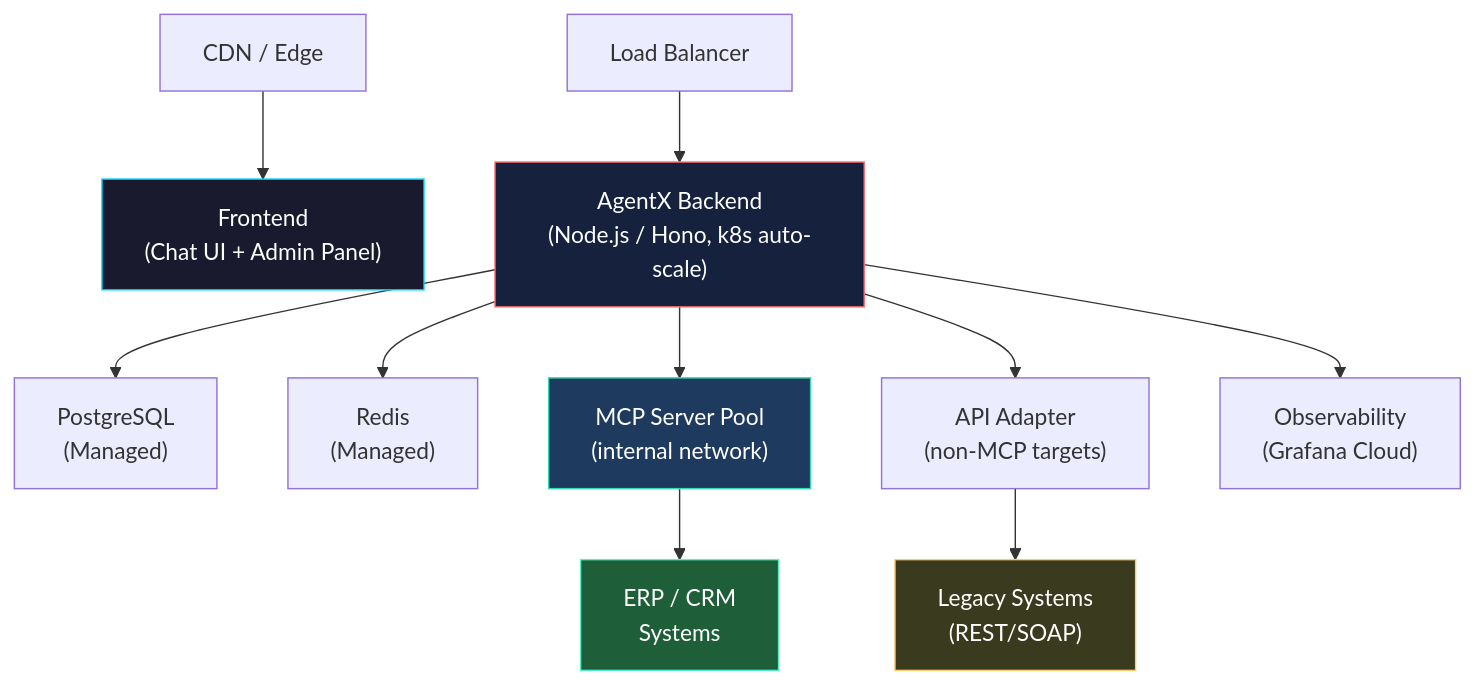
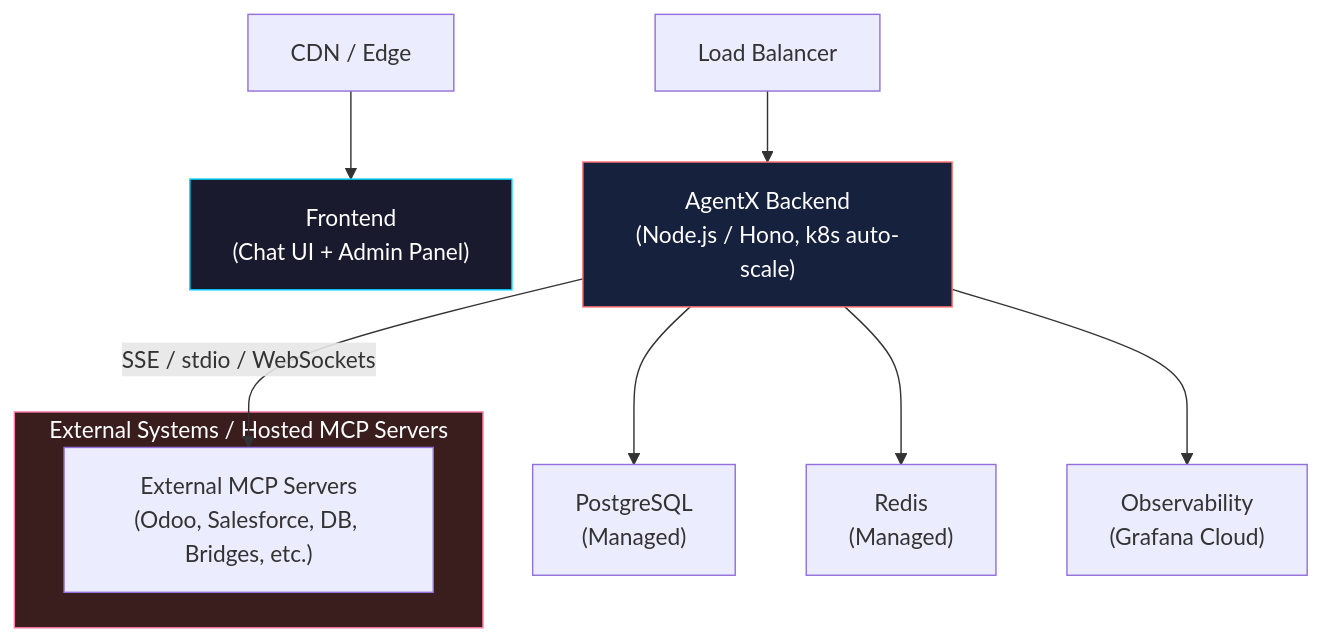
Before and after one commit to vietnv5/agentx: the eighth of 8 diagrams in docs/architecture-overview.md, drawn with Mermaid. The commit also changed other lines of this file and 1 other file, not shown here.

````diff
--- a/docs/architecture-overview.md
+++ b/docs/architecture-overview.md
@@ -585,18 +590,18 @@
 ```mermaid
 graph TB
     CDN["CDN / Edge"] --> FE["Frontend<br/>(Chat UI + Admin Panel)"]
     LB["Load Balancer"] --> API["AgentX Backend<br/>(Node.js / Hono, k8s auto-scale)"]
     API --> PG["PostgreSQL<br/>(Managed)"]
     API --> REDIS["Redis<br/>(Managed)"]
-    API --> MCP_POOL["MCP Server Pool<br/>(internal network)"]
-    MCP_POOL --> ERP_SYS["ERP / CRM<br/>Systems"]
-    API --> API_ADP["API Adapter<br/>(non-MCP targets)"]
-    API_ADP --> LEGACY["Legacy Systems<br/>(REST/SOAP)"]
     API --> OBS["Observability<br/>(Grafana Cloud)"]
+
+    subgraph EXT["External Systems / Hosted MCP Servers"]
+        MCP_SERVERS["External MCP Servers<br/>(Odoo, Salesforce, DB, Bridges, etc.)"]
+    end
+
+    API -->|SSE / stdio / WebSockets| MCP_SERVERS
 
     style FE fill:#1a1a2e,stroke:#00d4ff,color:#fff
     style API fill:#16213e,stroke:#ff6b6b,color:#fff
-    style MCP_POOL fill:#1e3a5f,stroke:#33d9b2,color:#fff
-    style ERP_SYS fill:#1e5f3a,stroke:#55efc4,color:#fff
-    style LEGACY fill:#3a3a1e,stroke:#fdcb6e,color:#fff
+    style EXT fill:#3a1e1e,stroke:#fd79a8,color:#fff
 ```
````
